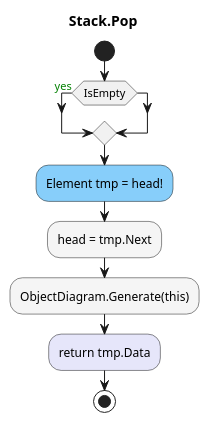
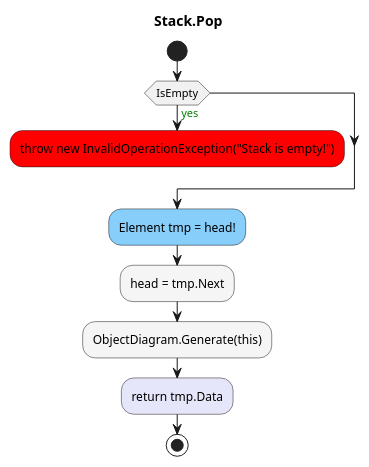
The diagram in UPNCalculator.ConApp/diagrams/ac_Stack_Pop.puml (leoggehrer/2324-34_ABIF_ACIF_POSE), drawn with PlantUML before and after one commit. The commit also changed 12 other files, not shown here.

Commit message:
Generated object diagram.

```diff
--- a/UPNCalculator.ConApp/diagrams/ac_Stack_Pop.puml
+++ b/UPNCalculator.ConApp/diagrams/ac_Stack_Pop.puml
@@ -1,11 +1,13 @@
 @startuml Stack.Pop
 title Stack.Pop
 start
 if (IsEmpty) then (<color:green>yes)
+        #Red:throw new InvalidOperationException("Stack is empty!");
+        kill
 endif
 #LightSkyBlue:Element tmp = head!;
 #WhiteSmoke:head = tmp.Next;
 #WhiteSmoke:ObjectDiagram.Generate(this);
 #Lavender:return tmp.Data;
 stop
 @enduml
```
